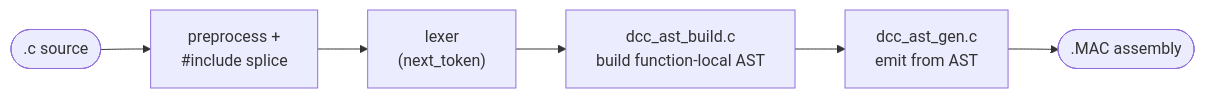
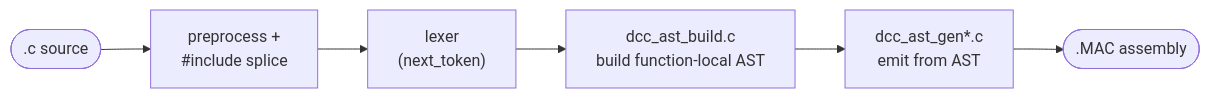
The second of 5 diagrams in docs/docs/en/appendix/00-architecture.md (davidly/dcc), drawn with Mermaid before and after one commit. The commit also changed other lines of this file and 32 other files, not shown here.

````diff
--- a/docs/docs/en/appendix/00-architecture.md
+++ b/docs/docs/en/appendix/00-architecture.md
@@ -56,8 +59,8 @@
 ```mermaid
 flowchart LR
     SRC([".c source"]) --> PP["preprocess +<br/>#include splice"]
     PP --> LEX["lexer<br/>(next_token)"]
     LEX --> BUILD["dcc_ast_build.c<br/>build function-local AST"]
-    BUILD --> GEN["dcc_ast_gen.c<br/>emit from AST"]
+    BUILD --> GEN["dcc_ast_gen*.c<br/>emit from AST"]
     GEN --> ASM([".MAC assembly"])
 ```
````
